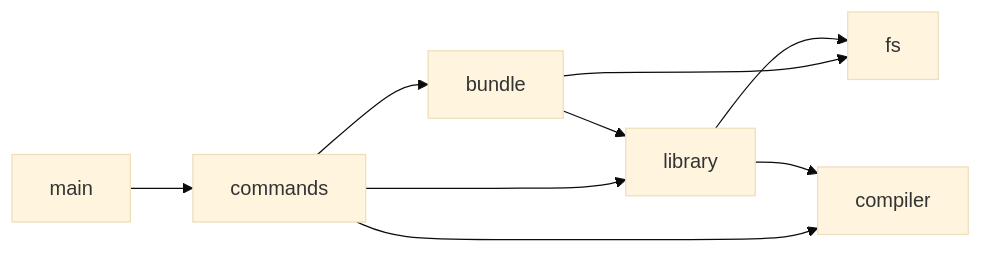
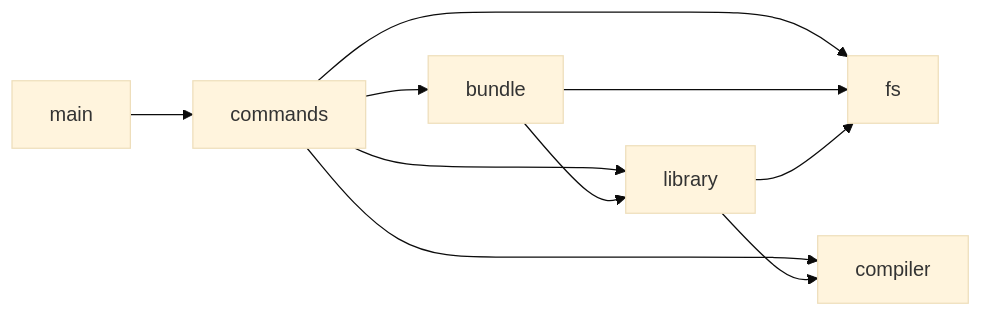
One commit to TwoSquirrels/risundle changed the diagram in docs/architecture.md. Above: the diagram before and after it, drawn with Mermaid (base theme).

Commit message:
docs(architecture): add the missing commands -> fs edge
commands/bundle.rs uses fs::relpath in display_origin; the graph
claims to be exhaustive, so the edge must appear.

````diff
--- a/docs/architecture.md
+++ b/docs/architecture.md
@@ -36,11 +36,12 @@
 ```mermaid
 graph LR
   main --> commands
   commands --> bundle
   commands --> library
   commands --> compiler
+  commands --> fs
   bundle --> library
   bundle --> fs
   library --> fs
   library --> compiler
 ```
````
